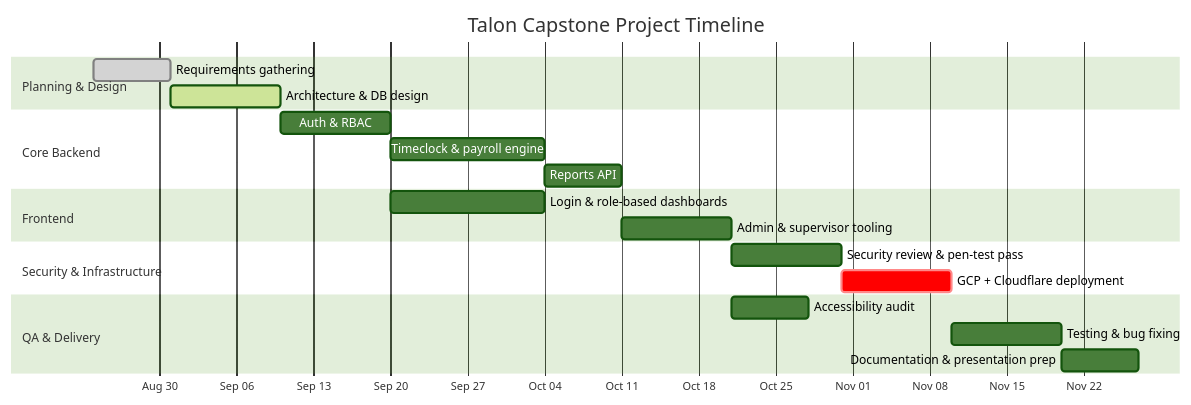
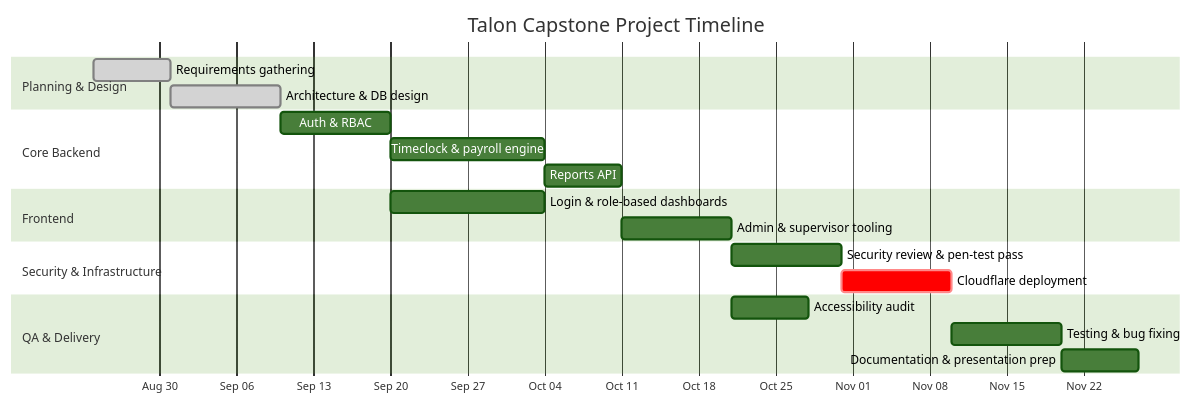
Before and after one commit to drewjeanette/Talon: the diagram in docs/GANTT.md, drawn with Mermaid (forest theme). The commit also changed other lines of this file and 34 other files, not shown here.

````diff
--- a/docs/GANTT.md
+++ b/docs/GANTT.md
@@ -6,29 +6,29 @@
 ```mermaid
 gantt
     title Talon Capstone Project Timeline
     dateFormat  YYYY-MM-DD
     axisFormat  %b %d
     todayMarker on
 
     section Planning & Design
     Requirements gathering            :done,    des1, 2026-08-24, 7d
-    Architecture & DB design          :active,  des2, 2026-08-31, 10d
+    Architecture & DB design          :done,    des2, 2026-08-31, 10d
 
     section Core Backend
     Auth & RBAC                       :         be1, after des2, 10d
     Timeclock & payroll engine        :         be2, after be1, 14d
     Reports API                       :         be3, after be2, 7d
 
     section Frontend
     Login & role-based dashboards     :         fe1, after be1, 14d
     Admin & supervisor tooling        :         fe2, after be3, 10d
 
     section Security & Infrastructure
     Security review & pen-test pass   :         sec1, after fe2, 10d
-    GCP + Cloudflare deployment        :crit,    infra1, after sec1, 10d
+    Cloudflare deployment              :crit,    infra1, after sec1, 10d
 
     section QA & Delivery
     Accessibility audit               :         qa1, after fe2, 7d
     Testing & bug fixing              :         qa2, after infra1, 10d
     Documentation & presentation prep :         doc1, after qa2, 7d
 ```
````
